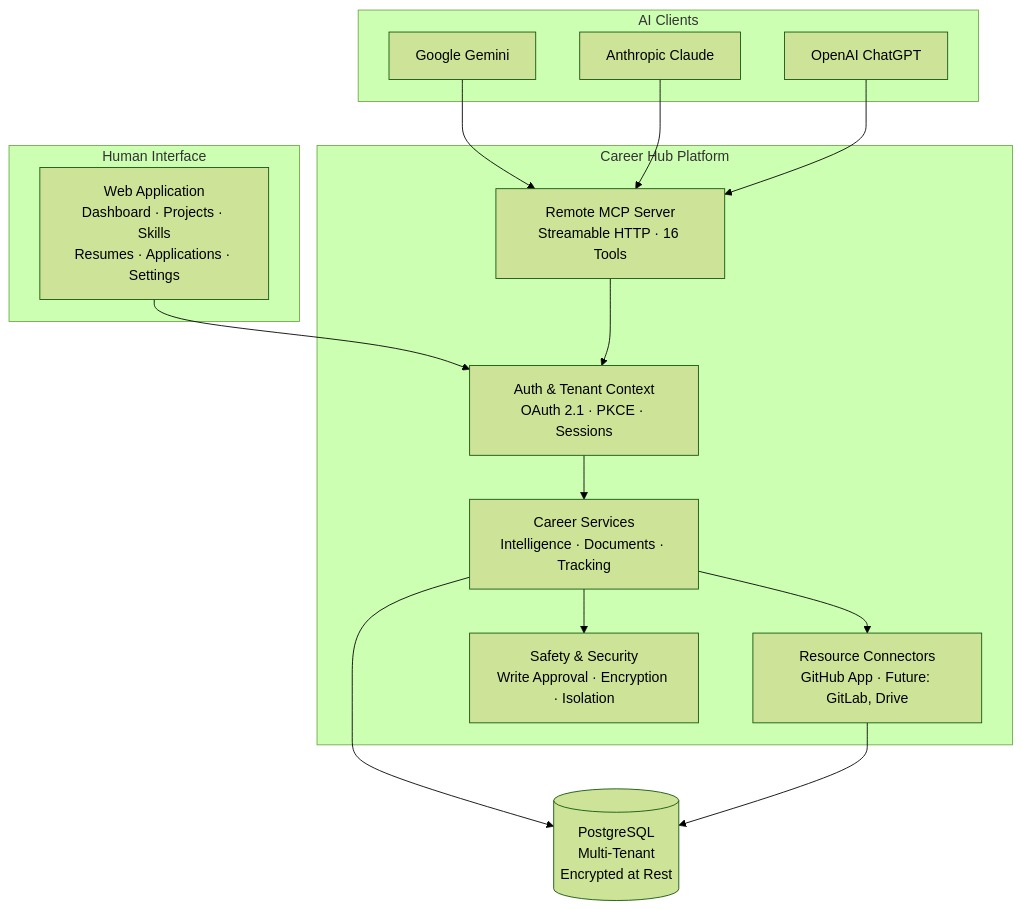
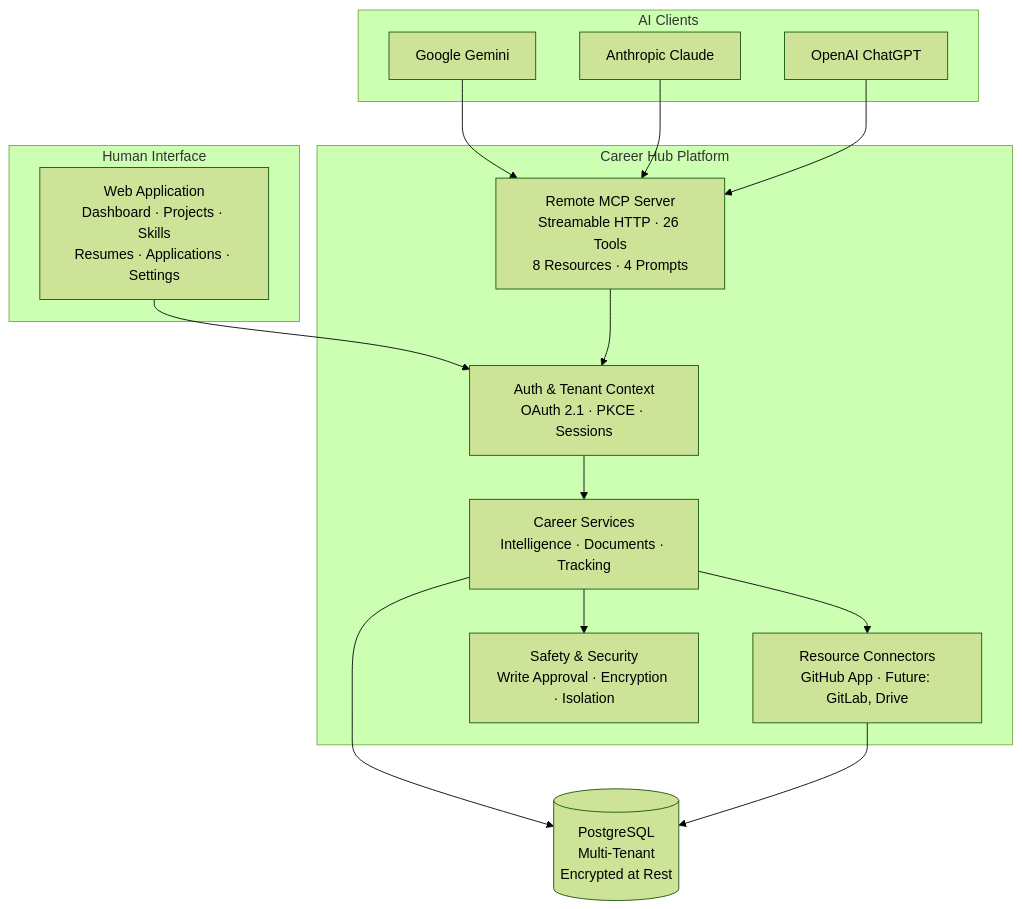
Before and after one commit to vishu1803/Ai-job-mcp: the diagram in README.md, drawn with Mermaid (forest theme). The commit also changed other lines of this file and 31 other files, not shown here.

First line of the commit message:
feat(mcp): reconcile 26-tool registry, resources, prompts and public docs (P14-005S)

````diff
--- a/README.md
+++ b/README.md
@@ -117,33 +117,33 @@
 ```mermaid
 graph TB
     subgraph "Human Interface"
         WEB["Web Application<br/>Dashboard · Projects · Skills<br/>Resumes · Applications · Settings"]
     end
 
     subgraph "AI Clients"
         GEMINI["Google Gemini"]
         CLAUDE["Anthropic Claude"]
         CHATGPT["OpenAI ChatGPT"]
     end
 
     subgraph "Career Hub Platform"
         AUTH["Auth & Tenant Context<br/>OAuth 2.1 · PKCE · Sessions"]
-        MCP["Remote MCP Server<br/>Streamable HTTP · 16 Tools"]
+        MCP["Remote MCP Server<br/>Streamable HTTP · 26 Tools<br/>8 Resources · 4 Prompts"]
         SERVICES["Career Services<br/>Intelligence · Documents · Tracking"]
         CONNECTORS["Resource Connectors<br/>GitHub App · Future: GitLab, Drive"]
         SAFETY["Safety & Security<br/>Write Approval · Encryption · Isolation"]
     end
 
     DB[("PostgreSQL<br/>Multi-Tenant<br/>Encrypted at Rest")]
 
     WEB --> AUTH
     GEMINI --> MCP
     CLAUDE --> MCP
     CHATGPT --> MCP
     MCP --> AUTH
     AUTH --> SERVICES
     SERVICES --> CONNECTORS
     SERVICES --> SAFETY
     SERVICES --> DB
     CONNECTORS --> DB
 ```
````
